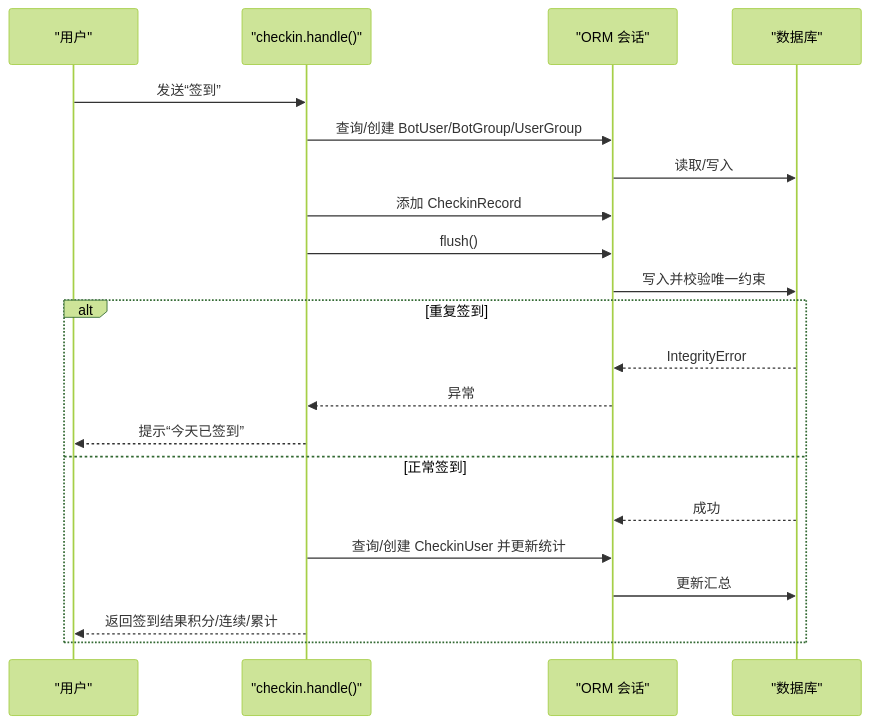
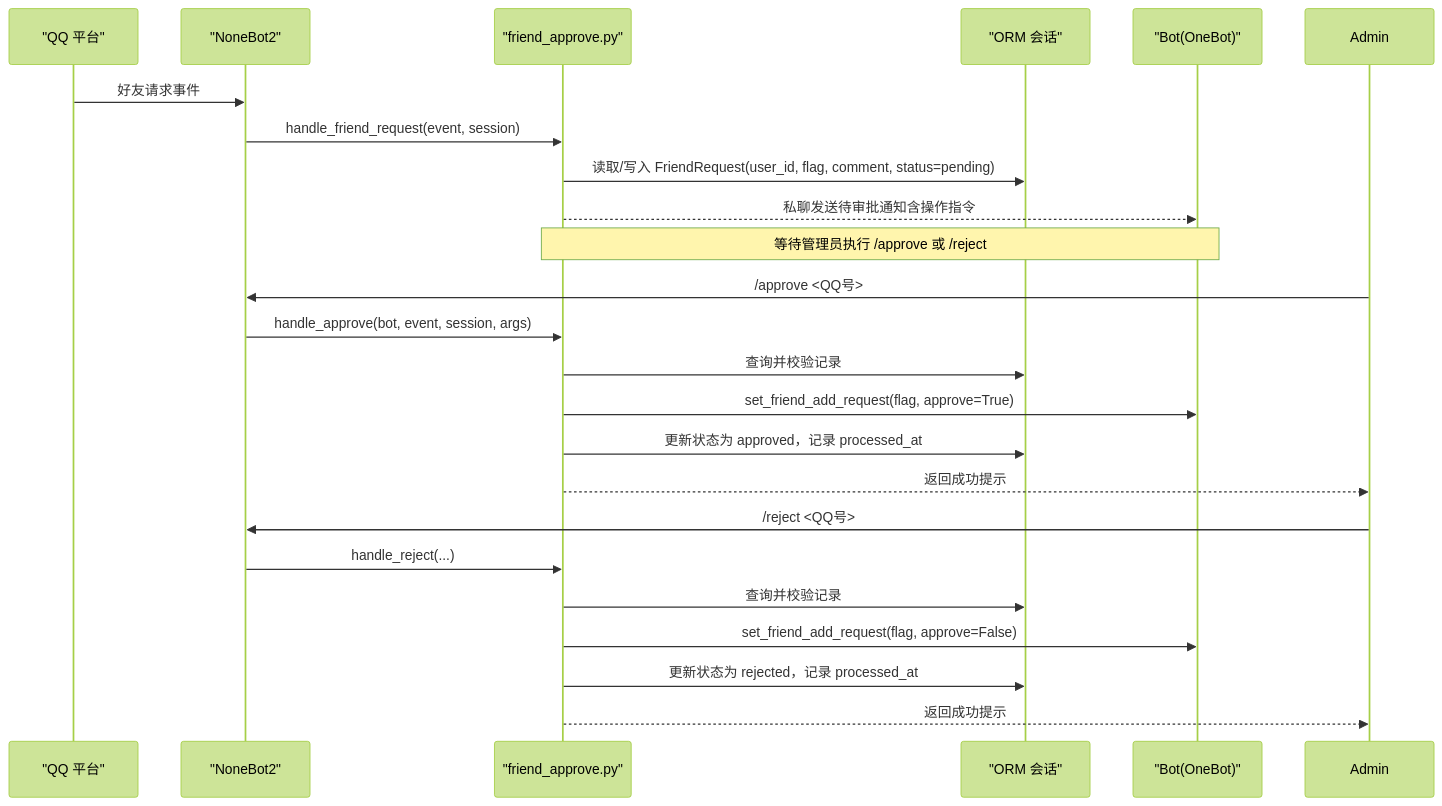
One commit to Wohaokunr/yawn_bot changed the fourth of 6 diagrams in .qoder/repowiki/zh/content/项目概述.md. Above: the diagram before and after it, drawn with Mermaid (forest theme). The commit also changed other lines of this file and 60 other files, not shown here.

````diff
--- a/.qoder/repowiki/zh/content/项目概述.md
+++ b/.qoder/repowiki/zh/content/项目概述.md
@@ -156,23 +148,25 @@
 ```mermaid
 sequenceDiagram
-participant U as "用户"
-participant CMD as "checkin.handle()"
+participant QQ as "QQ 平台"
+participant NB as "NoneBot2"
+participant FA as "friend_approve.py"
 participant ORM as "ORM 会话"
-participant DB as "数据库"
-U->>CMD : 发送“签到”
-CMD->>ORM : 查询/创建 BotUser/BotGroup/UserGroup
-ORM->>DB : 读取/写入
-CMD->>ORM : 添加 CheckinRecord
-CMD->>ORM : flush()
-ORM->>DB : 写入并校验唯一约束
-alt 重复签到
-DB-->>ORM : IntegrityError
-ORM-->>CMD : 异常
-CMD-->>U : 提示“今天已签到”
-else 正常签到
-DB-->>ORM : 成功
-CMD->>ORM : 查询/创建 CheckinUser 并更新统计
-ORM->>DB : 更新汇总
-CMD-->>U : 返回签到结果积分/连续/累计
-end
+participant BOT as "Bot(OneBot)"
+QQ->>NB : 好友请求事件
+NB->>FA : handle_friend_request(event, session)
+FA->>ORM : 读取/写入 FriendRequest(user_id, flag, comment, status=pending)
+FA-->>BOT : 私聊发送待审批通知含操作指令
+Note over FA,BOT : 等待管理员执行 /approve 或 /reject
+Admin->>NB : /approve <QQ号>
+NB->>FA : handle_approve(bot, event, session, args)
+FA->>ORM : 查询并校验记录
+FA->>BOT : set_friend_add_request(flag, approve=True)
+FA->>ORM : 更新状态为 approved，记录 processed_at
+FA-->>Admin : 返回成功提示
+Admin->>NB : /reject <QQ号>
+NB->>FA : handle_reject(...)
+FA->>ORM : 查询并校验记录
+FA->>BOT : set_friend_add_request(flag, approve=False)
+FA->>ORM : 更新状态为 rejected，记录 processed_at
+FA-->>Admin : 返回成功提示
 ```
````
